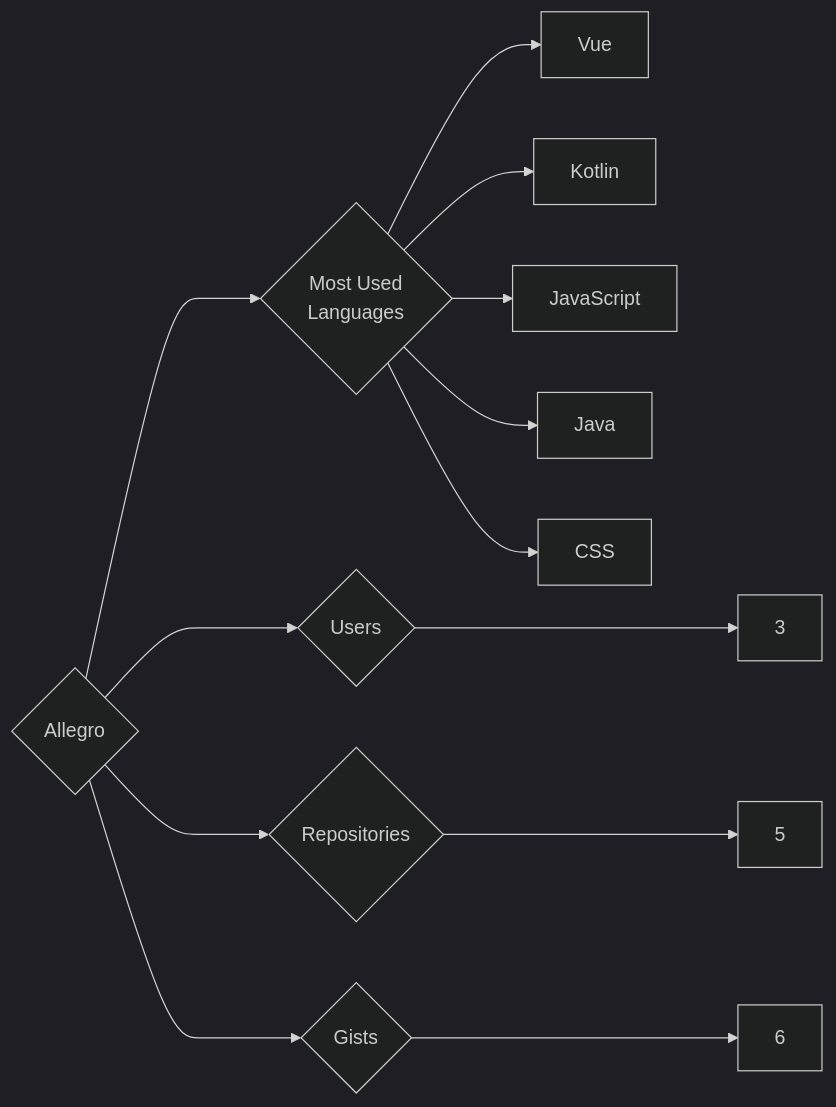
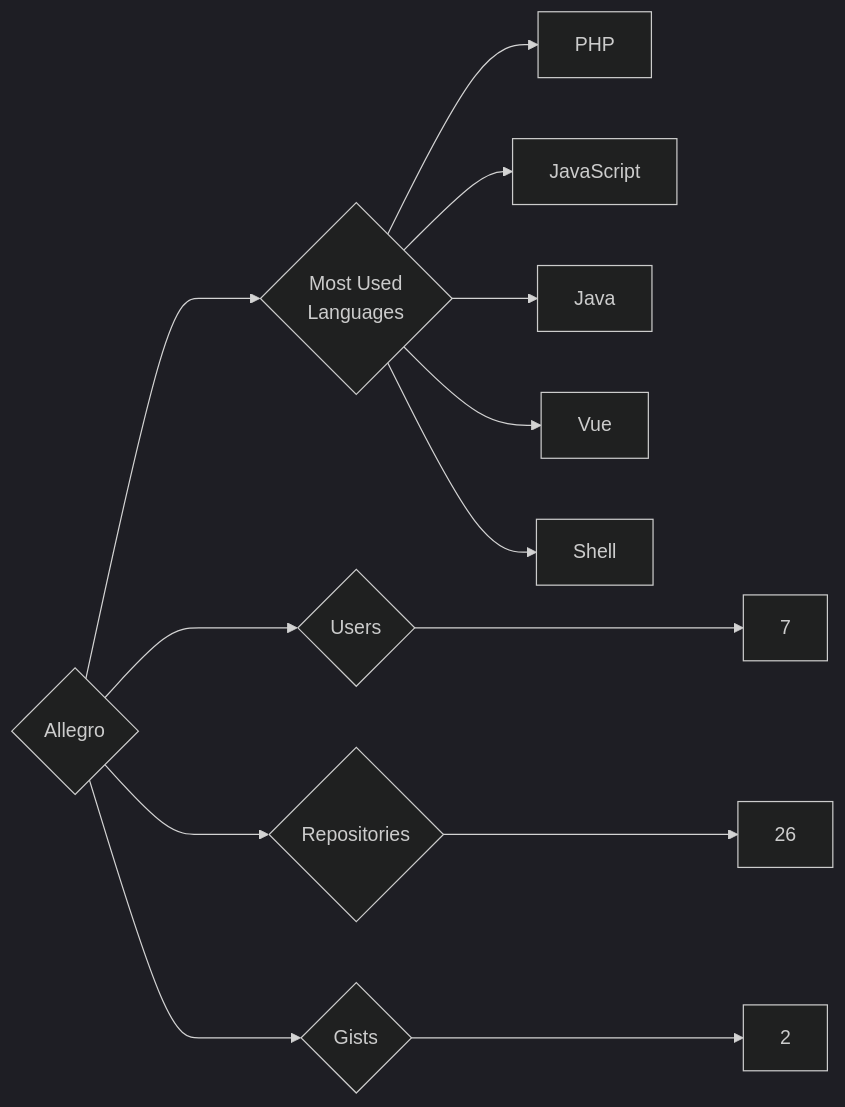
The diagram in targets/Allegro/README.md (trickest/insiders), drawn with Mermaid (dark theme) before and after one commit. The commit also changed 1055 other files, not shown here.

````diff
--- a/targets/Allegro/README.md
+++ b/targets/Allegro/README.md
@@ -3,13 +3,13 @@
 ```mermaid
 graph LR
 COMPANY_NAME{Allegro}
-COMPANY_NAME ---> U{Users} ---> UN[3]
-COMPANY_NAME ---> R{Repositories} ---> RN[5]
-COMPANY_NAME ---> G{Gists} ---> GN[6]
+COMPANY_NAME ---> U{Users} ---> UN[7]
+COMPANY_NAME ---> R{Repositories} ---> RN[26]
+COMPANY_NAME ---> G{Gists} ---> GN[2]
 COMPANY_NAME ---> ML{Most Used<br>Languages}
-ML --> Vue[Vue]
-ML --> Kotlin[Kotlin]
+ML --> PHP[PHP]
 ML --> JavaScript[JavaScript]
 ML --> Java[Java]
-ML --> CSS[CSS]
+ML --> Vue[Vue]
+ML --> Shell[Shell]
 ```
````
